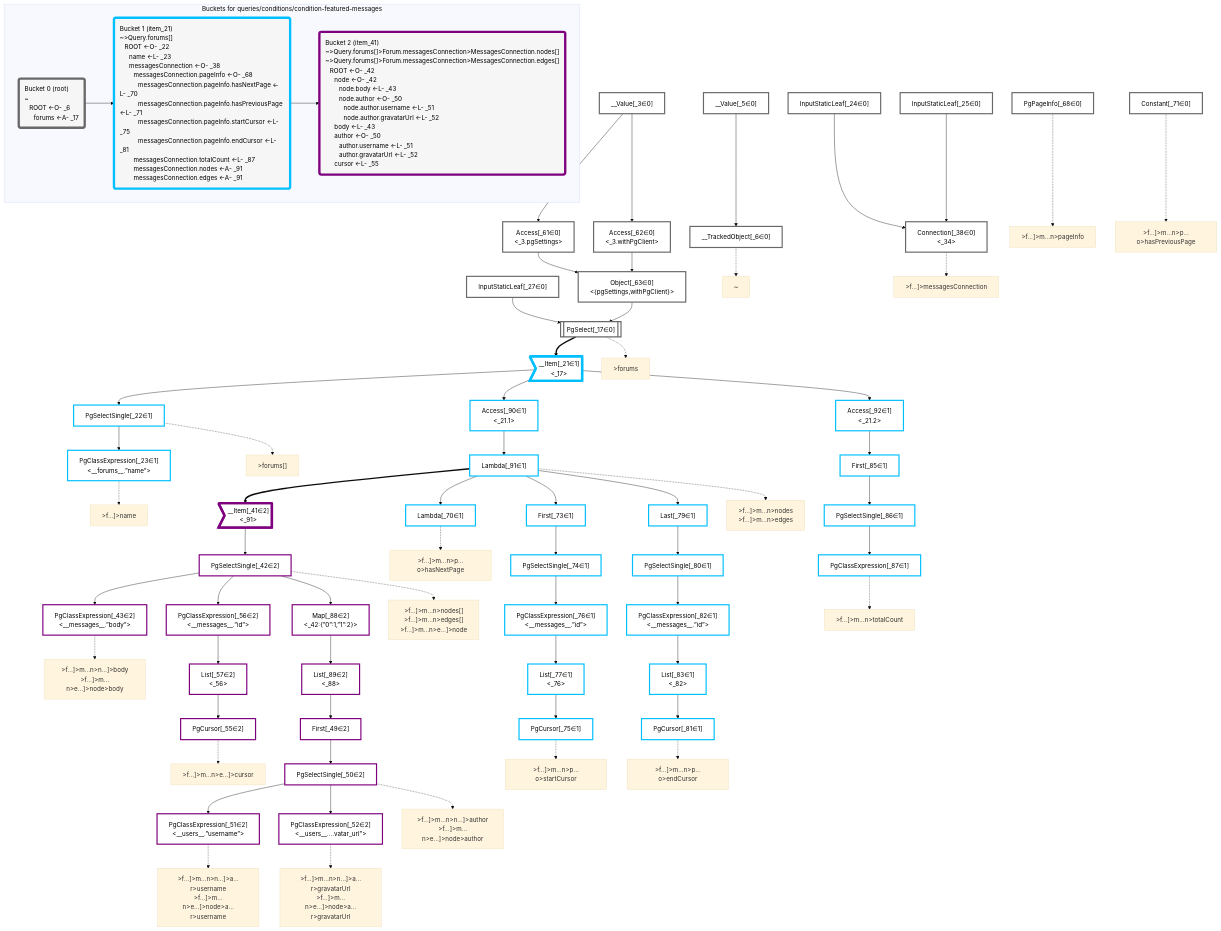
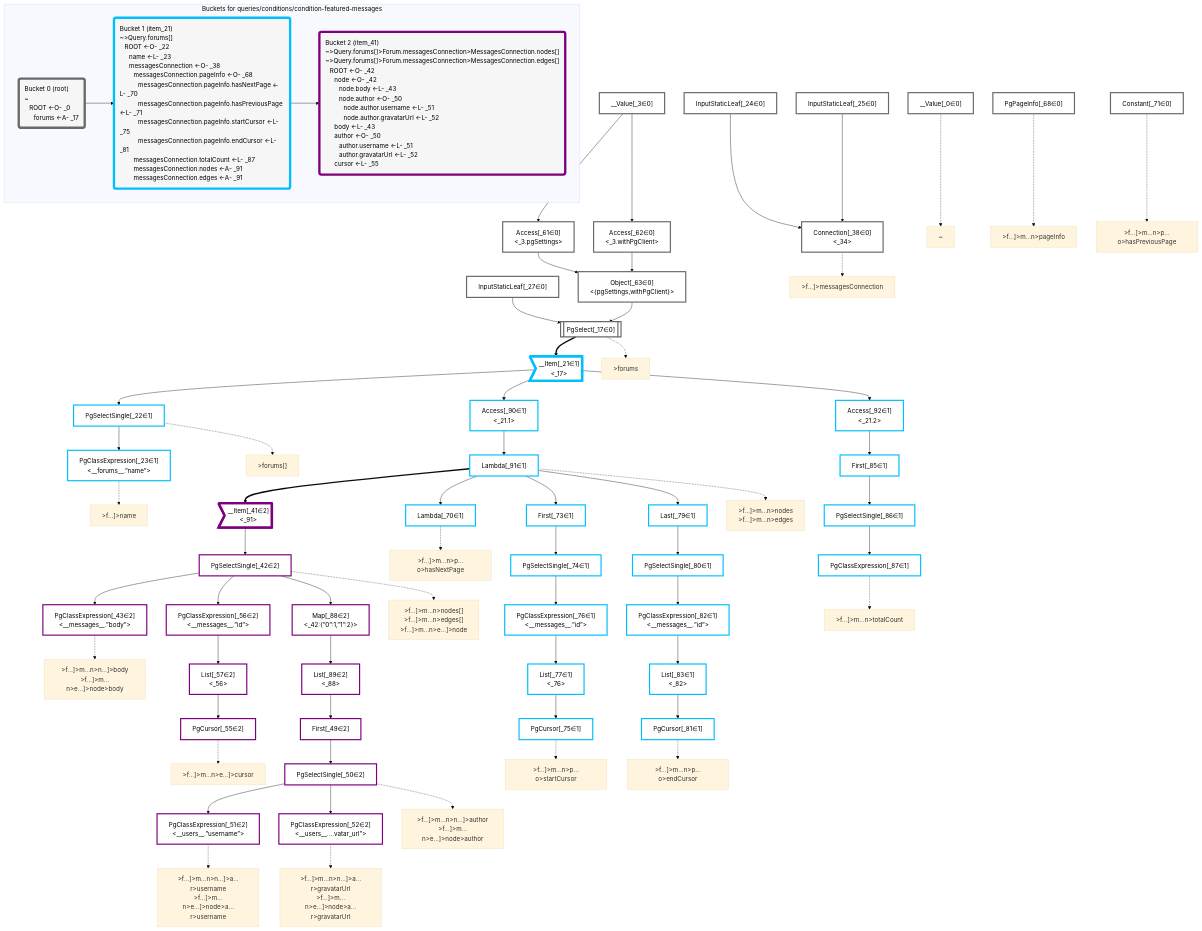
Before and after one commit to graphile/crystal: the diagram in packages/dataplan-pg/__tests__/queries/conditions/condition-featured-messages.mermaid.md, drawn with Mermaid (base theme). The commit also changed 193 other files, not shown here.

Commit message:
Update test plan snapshots with new root plan

```diff
--- a/packages/dataplan-pg/__tests__/queries/conditions/condition-featured-messages.mermaid.md
+++ b/packages/dataplan-pg/__tests__/queries/conditions/condition-featured-messages.mermaid.md
@@ -8,9 +8,8 @@
 
 
     %% define plans
+    __Value_0["__Value[_0∈0]"]:::plan
     __Value_3["__Value[_3∈0]<br /><context>"]:::plan
-    __Value_5["__Value[_5∈0]<br /><rootValue>"]:::plan
-    __TrackedObject_6["__TrackedObject[_6∈0]"]:::plan
     PgSelect_17[["PgSelect[_17∈0]<br /><forums>"]]:::plan
     __Item_21>"__Item[_21∈1]<br /><_17>"]:::itemplan
     PgSelectSingle_22["PgSelectSingle[_22∈1]<br /><forums>"]:::plan
@@ -55,7 +54,6 @@
     Access_92["Access[_92∈1]<br /><_21.2>"]:::plan
 
     %% plan dependencies
-    __Value_5 --> __TrackedObject_6
     Object_63 --> PgSelect_17
     InputStaticLeaf_27 --> PgSelect_17
     PgSelect_17 ==> __Item_21
@@ -98,8 +96,8 @@
     __Item_21 --> Access_92
 
     %% plan-to-path relationships
-    P_6["~"]
-    __TrackedObject_6 -.-> P_6
+    P_0["~"]
+    __Value_0 -.-> P_0
     P_17[">forums"]
     PgSelect_17 -.-> P_17
     P_22[">forums[]"]
@@ -137,14 +135,14 @@
 
     %% allocate buckets
     classDef bucket0 stroke:#696969
-    class __Value_3,__Value_5,__TrackedObject_6,PgSelect_17,InputStaticLeaf_24,InputStaticLeaf_25,InputStaticLeaf_27,Connection_38,Access_61,Access_62,Object_63,PgPageInfo_68,Constant_71 bucket0
+    class __Value_0,__Value_3,PgSelect_17,InputStaticLeaf_24,InputStaticLeaf_25,InputStaticLeaf_27,Connection_38,Access_61,Access_62,Object_63,PgPageInfo_68,Constant_71 bucket0
     classDef bucket1 stroke:#00bfff
     class __Item_21,PgSelectSingle_22,PgClassExpression_23,Lambda_70,First_73,PgSelectSingle_74,PgCursor_75,PgClassExpression_76,List_77,Last_79,PgSelectSingle_80,PgCursor_81,PgClassExpression_82,List_83,First_85,PgSelectSingle_86,PgClassExpression_87,Access_90,Lambda_91,Access_92 bucket1
     classDef bucket2 stroke:#7f007f
     class __Item_41,PgSelectSingle_42,PgClassExpression_43,First_49,PgSelectSingle_50,PgClassExpression_51,PgClassExpression_52,PgCursor_55,PgClassExpression_56,List_57,Map_88,List_89 bucket2
 
     subgraph "Buckets for queries/conditions/condition-featured-messages"
-    Bucket0("Bucket 0 (root)<br />~<br />⠀ROOT <-O- _6<br />⠀⠀forums <-A- _17"):::bucket
+    Bucket0("Bucket 0 (root)<br />~<br />⠀ROOT <-O- _0<br />⠀⠀forums <-A- _17"):::bucket
     style Bucket0 stroke:#696969
     Bucket1("Bucket 1 (item_21)<br />~>Query.forums[]<br />⠀ROOT <-O- _22<br />⠀⠀name <-L- _23<br />⠀⠀messagesConnection <-O- _38<br />⠀⠀⠀messagesConnection.pageInfo <-O- _68<br />⠀⠀⠀⠀messagesConnection.pageInfo.hasNextPage <-L- _70<br />⠀⠀⠀⠀messagesConnection.pageInfo.hasPreviousPage <-L- _71<br />⠀⠀⠀⠀messagesConnection.pageInfo.startCursor <-L- _75<br />⠀⠀⠀⠀messagesConnection.pageInfo.endCursor <-L- _81<br />⠀⠀⠀messagesConnection.totalCount <-L- _87<br />⠀⠀⠀messagesConnection.nodes <-A- _91<br />⠀⠀⠀messagesConnection.edges <-A- _91"):::bucket
     style Bucket1 stroke:#00bfff
```
